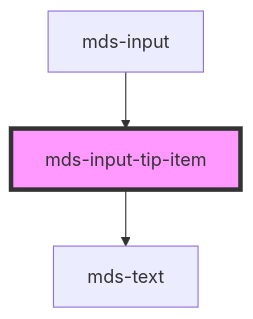
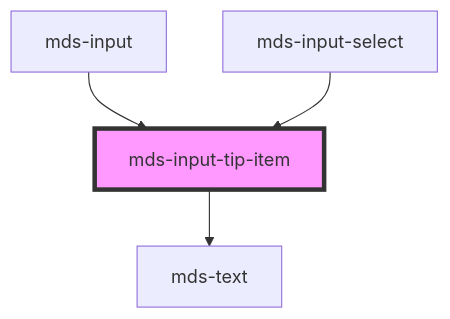
One commit to magma-design-system/magma changed the diagram in projects/stencil/src/components/mds-input-tip-item/readme.md. Above: the diagram before and after it, drawn with Mermaid. The commit also changed other lines of this file and 7 other files, not shown here.

Commit message:
build(mds-input-tip): add package for publication

````diff
--- a/projects/stencil/src/components/mds-input-tip-item/readme.md
+++ b/projects/stencil/src/components/mds-input-tip-item/readme.md
@@ -27,6 +28,7 @@
 ```mermaid
 graph TD;
   mds-input-tip-item --> mds-text
   mds-input --> mds-input-tip-item
+  mds-input-select --> mds-input-tip-item
   style mds-input-tip-item fill:#f9f,stroke:#333,stroke-width:4px
 ```
````
